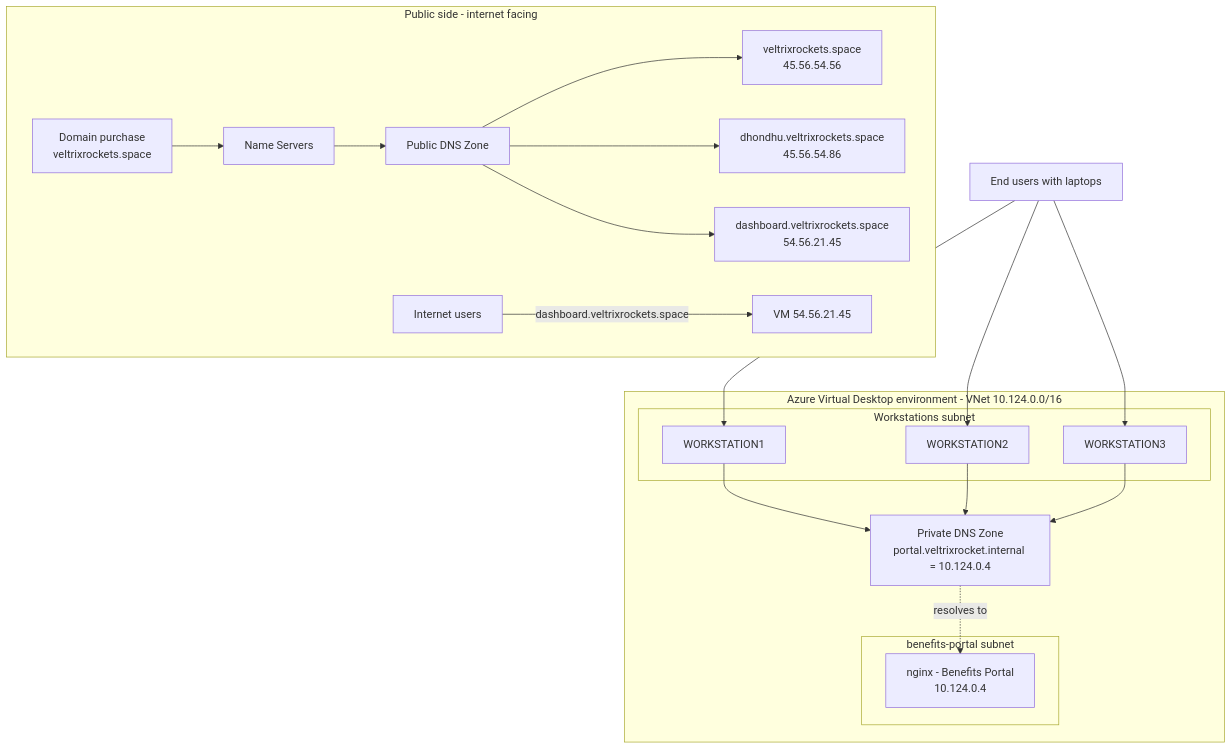
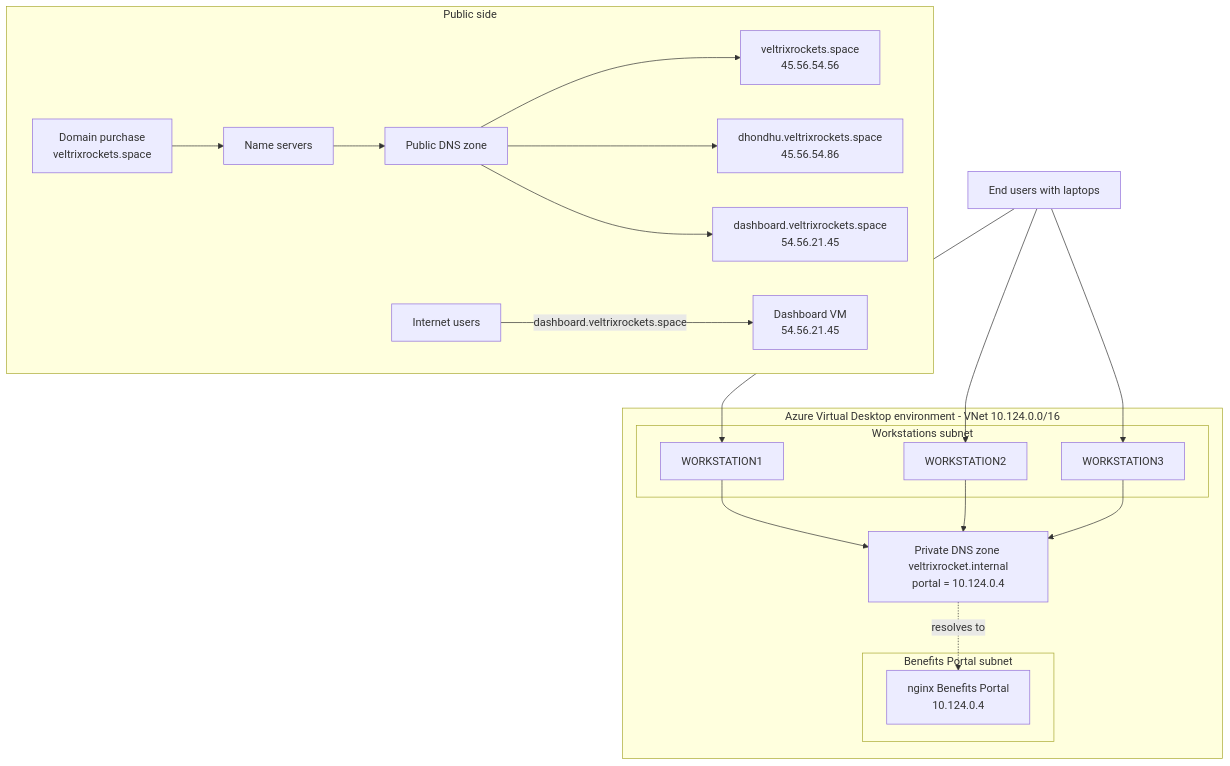
The first of 5 diagrams in README.md (aniket-devop/enterprise-dns-architecture), drawn with Mermaid before and after one commit. The commit also changed other lines of this file, not shown here.

Commit message:
docs: finalize Azure DNS architecture documentation

````diff
--- a/README.md
+++ b/README.md
@@ -75,31 +64,31 @@
 ```mermaid
 flowchart TB
-    subgraph PUBLIC["Public side - internet facing"]
-        REG["Domain purchase<br/>veltrixrockets.space"] --> NS["Name Servers"]
-        NS --> PZ["Public DNS Zone"]
+    subgraph PUBLIC["Public side"]
+        REG["Domain purchase<br/>veltrixrockets.space"] --> NS["Name servers"]
+        NS --> PZ["Public DNS zone"]
         PZ --> R1["veltrixrockets.space<br/>45.56.54.56"]
         PZ --> R2["dhondhu.veltrixrockets.space<br/>45.56.54.86"]
         PZ --> R3["dashboard.veltrixrockets.space<br/>54.56.21.45"]
-        USERS["Internet users"] -->|"dashboard.veltrixrockets.space"| VM["VM 54.56.21.45"]
+        USERS["Internet users"] -->|"dashboard.veltrixrockets.space"| VM["Dashboard VM<br/>54.56.21.45"]
     end
 
     subgraph AZURE["Azure Virtual Desktop environment - VNet 10.124.0.0/16"]
-        PDNS["Private DNS Zone<br/>portal.veltrixrocket.internal = 10.124.0.4"]
+        PDNS["Private DNS zone veltrixrocket.internal<br/>portal = 10.124.0.4"]
         subgraph WS["Workstations subnet"]
             W1["WORKSTATION1"]
             W2["WORKSTATION2"]
             W3["WORKSTATION3"]
         end
-        subgraph BP["benefits-portal subnet"]
-            NGINX["nginx - Benefits Portal<br/>10.124.0.4"]
+        subgraph BP["Benefits Portal subnet"]
+            NGINX["nginx Benefits Portal<br/>10.124.0.4"]
         end
         W1 --> PDNS
         W2 --> PDNS
         W3 --> PDNS
         PDNS -.->|"resolves to"| NGINX
     end
 
     LAPTOPS["End users with laptops"] --> W1
     LAPTOPS --> W2
     LAPTOPS --> W3
 ```
````
